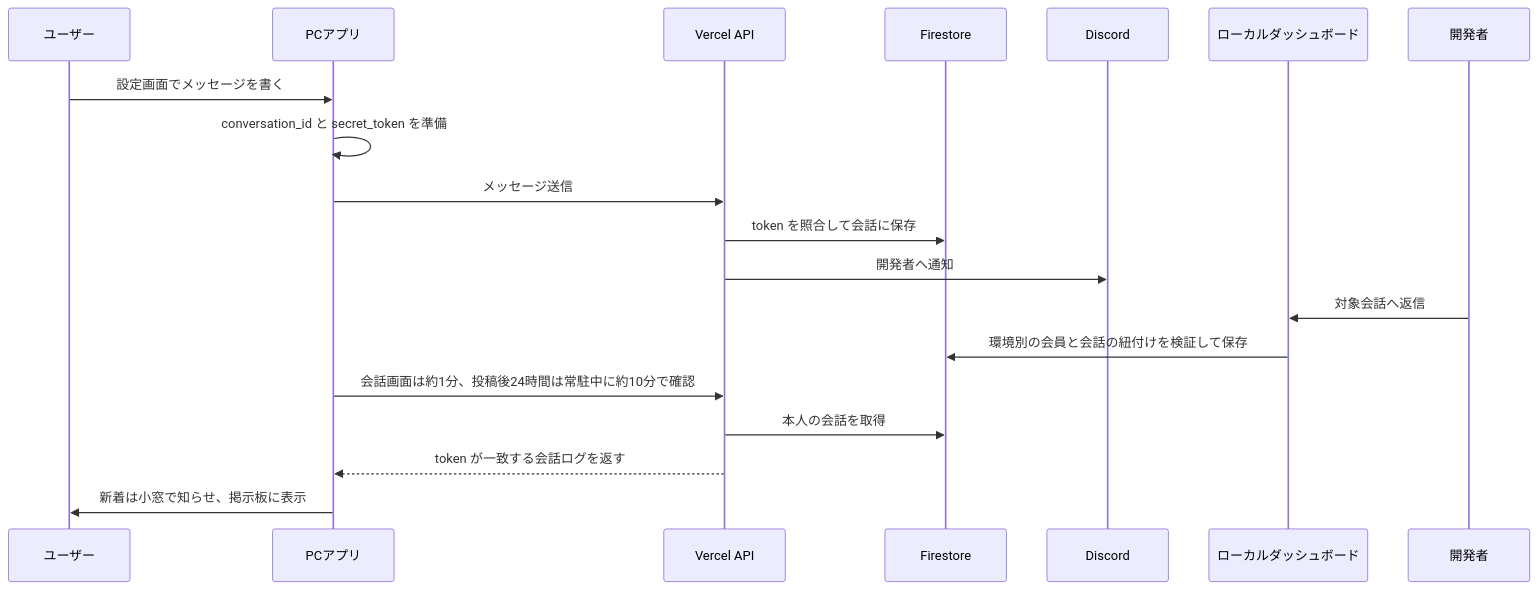
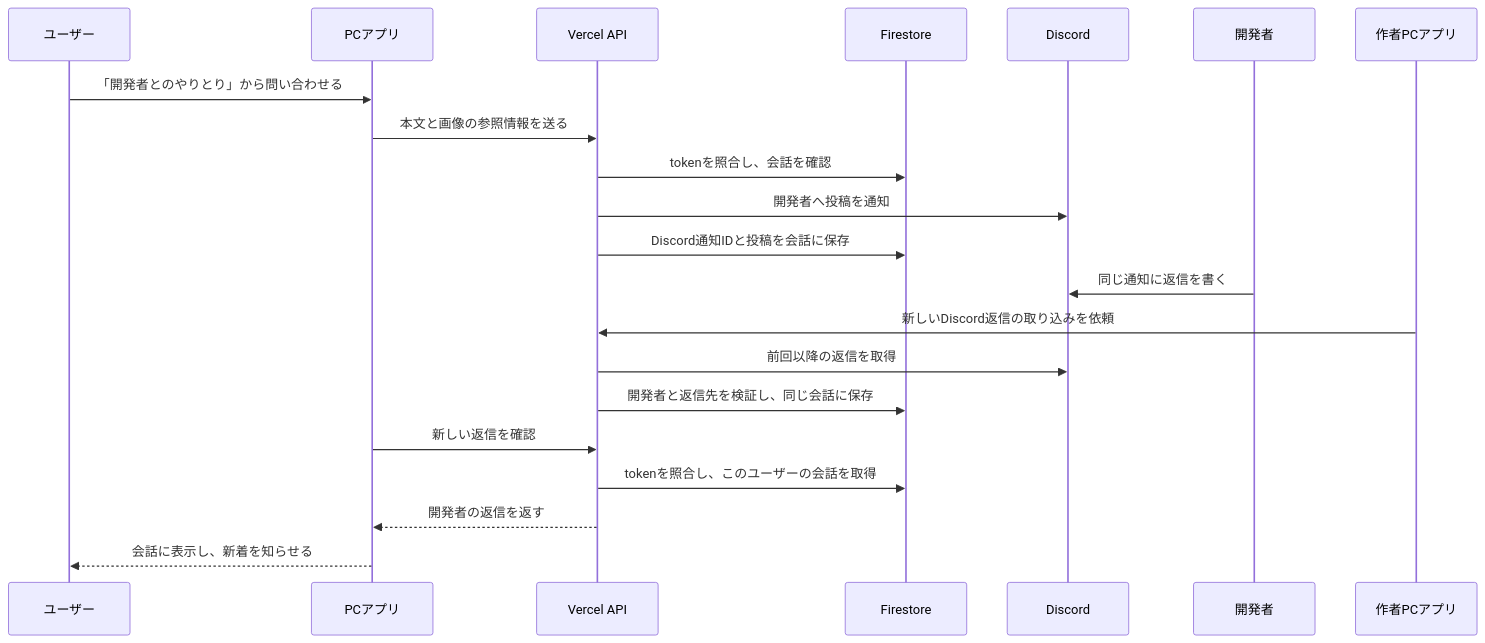
One commit to ore-no-fusen/ore-no-fusen changed the second of 4 diagrams in docs-v2/007_COMMUNICATION.md. Above: the diagram before and after it, drawn with Mermaid. The commit also changed other lines of this file and 20 other files, not shown here.

````diff
--- a/docs-v2/007_COMMUNICATION.md
+++ b/docs-v2/007_COMMUNICATION.md
@@ -220,22 +223,24 @@
 ```mermaid
 sequenceDiagram
     participant User as ユーザー
     participant PC as PCアプリ
     participant API as Vercel API
     participant DB as Firestore
     participant Discord as Discord
-    participant Dash as ローカルダッシュボード
     participant Dev as 開発者
+    participant AuthorPC as 作者PCアプリ
 
-    User->>PC: 設定画面でメッセージを書く
-    PC->>PC: conversation_id と secret_token を準備
-    PC->>API: メッセージ送信
-    API->>DB: token を照合して会話に保存
-    API->>Discord: 開発者へ通知
-    Dev->>Dash: 対象会話へ返信
-    Dash->>DB: 環境別の会員と会話の紐付けを検証して保存
-    PC->>API: 会話画面は約1分、投稿後24時間は常駐中に約10分で確認
-    API->>DB: 本人の会話を取得
-    API-->>PC: token が一致する会話ログを返す
-    PC->>User: 新着は小窓で知らせ、掲示板に表示
+    User->>PC: 「開発者とのやりとり」から問い合わせる
+    PC->>API: 本文と画像の参照情報を送る
+    API->>DB: tokenを照合し、会話を確認
+    API->>Discord: 開発者へ投稿を通知
+    API->>DB: Discord通知IDと投稿を会話に保存
+    Dev->>Discord: 同じ通知に返信を書く
+    AuthorPC->>API: 新しいDiscord返信の取り込みを依頼
+    API->>Discord: 前回以降の返信を取得
+    API->>DB: 開発者と返信先を検証し、同じ会話に保存
+    PC->>API: 新しい返信を確認
+    API->>DB: tokenを照合し、このユーザーの会話を取得
+    API-->>PC: 開発者の返信を返す
+    PC-->>User: 会話に表示し、新着を知らせる
 ```
````
